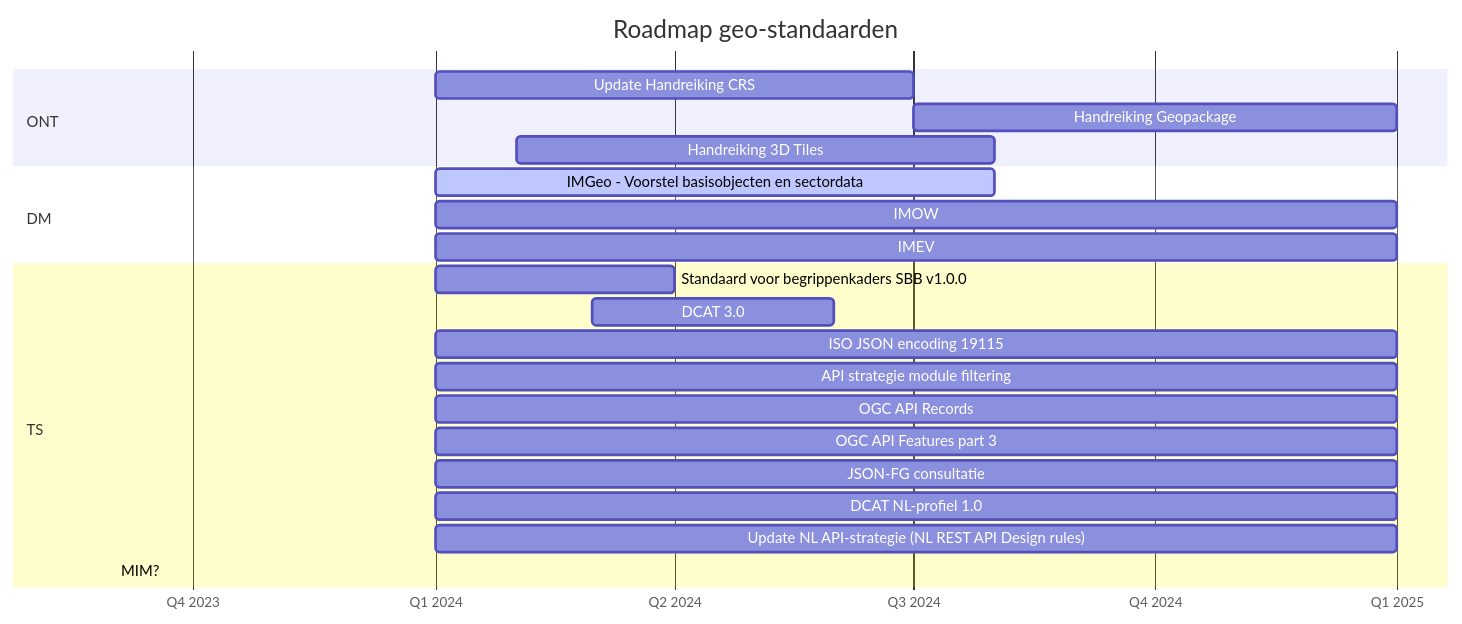
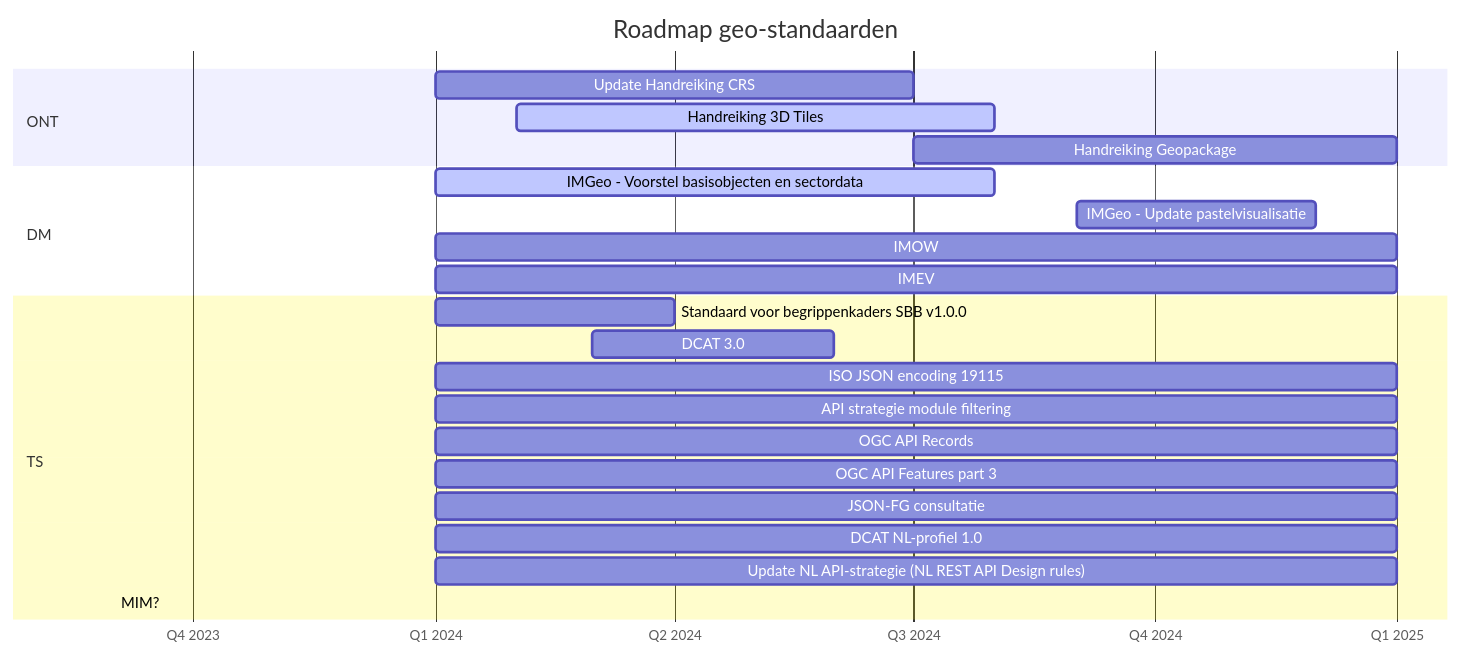
One commit to Geonovum/roadmap-geostandaarden changed the diagram in roadmap.mmd. Above: the diagram before and after it, drawn with Mermaid.

```diff
--- a/roadmap.mmd
+++ b/roadmap.mmd
@@ -1,46 +1,47 @@
 gantt
     title Roadmap geo-standaarden
     dateFormat YYYY-M
     axisFormat Q%q %Y
     tickInterval 3month
     section ONT
         %% Consultatie GeoPackage and Spatial Schema   :done,      2023-07, 3M
         % Update PTOLU Geo-standaarden                :done,    2023-10, 6M
         %% PoC Rechtendelegatie (oAuth)                :           2023-10, 3M
         %% OGC Code Sprint                             :           2023-10, 1M        
         %%Consultatie IMX-Geo                         :           2024-01, 3M
-        Update Handreiking CRS                      :           2024-01, 6M
+        Update Handreiking CRS                      :           2024-01, 6M        
+        Handreiking 3D Tiles                        :active,          2024-02, 6M
         Handreiking Geopackage                      :           2024-07, 6M
-        Handreiking 3D Tiles                        :           2024-02, 6M
         
     section DM        
         %%IMEV 2.0                                    :done,    2023-10, 3M
         %%IMG                                         :done,    2023-10, 3M
         IMGeo - Voorstel basisobjecten en sectordata:active,    2024-01, 7M
+        IMGeo - Update pastelvisualisatie                :      2024-09, 3M
         IMOW                                        :           2024-01, 12M
         IMEV                                        :           2024-01, 12M
         %% IMKL                                        :           2023-09, 
         %% IMKAD                                       :           2023-09, 
         %% IMWOZ                                       :           2023-09, 
         %% IMBAG                                       :           2023-09, 
         %% IMBOR                                       :           2023-09, 
         %% GWSW                                        :           2023-09, 
         %% IMNA                                        :           2023-09, 
         %% IMDBK / IMROI                               :           2023-09, 
         %% BRT.Next                                    :           2023-09, 
 
     section TS
         %%GeoPackage 1.4                              :active,    2023-10, 3M
         %%CityJSON 2.0                                :active,    2023-10, 3M
         %%OGC Training DML-AI 1.0                     :active,    2023-10, 3M
         %%Consultatie standaard voor begrippenkaders  :           2023-10, 3M        
         Standaard voor begrippenkaders SBB v1.0.0       :           2024-01, 3M
         DCAT 3.0                                    :           2024-03, 3M 
         ISO JSON encoding 19115                     :           2024-01, 12M
         API strategie module filtering              :           2024-01, 12M
         OGC API Records                             :           2024-01, 12M
         OGC API Features part 3                     :           2024-01, 12M
         JSON-FG consultatie                         :           2024-01, 12M
         DCAT NL-profiel 1.0                         :           2024-01, 12M
         Update NL API-strategie (NL REST API Design rules) :    2024-01, 12M
         MIM?                                               :    2023-09,
```
